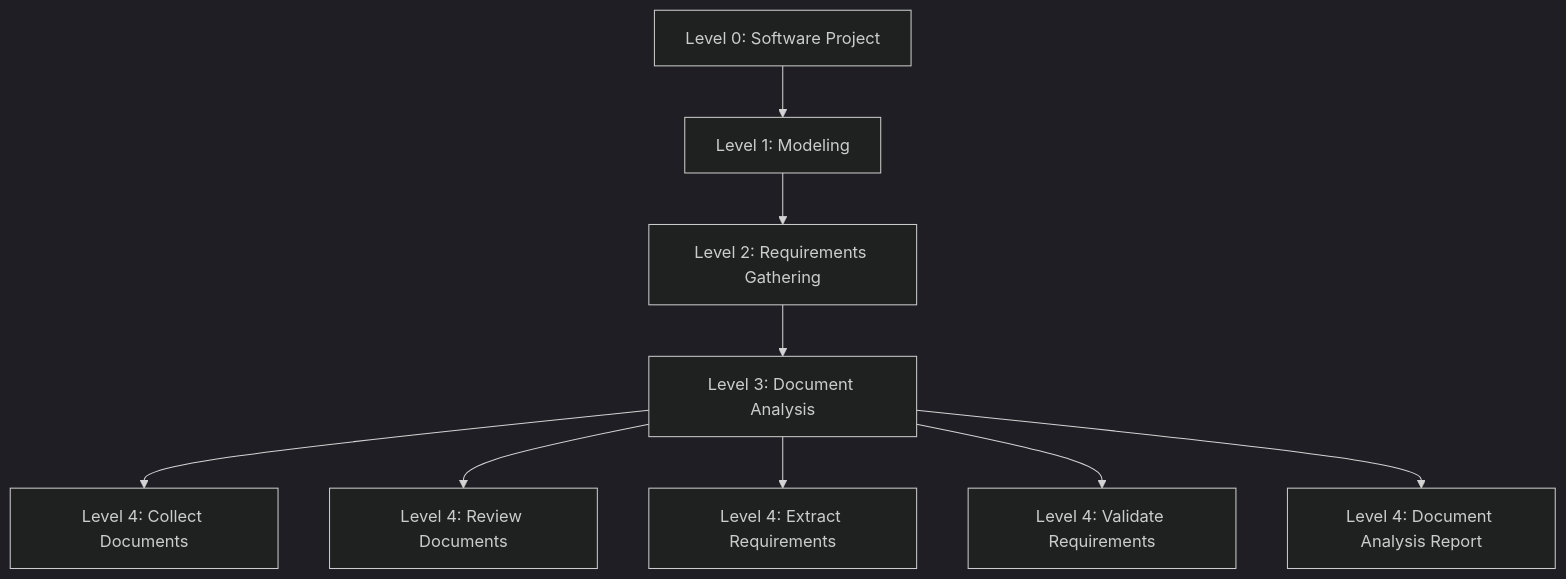
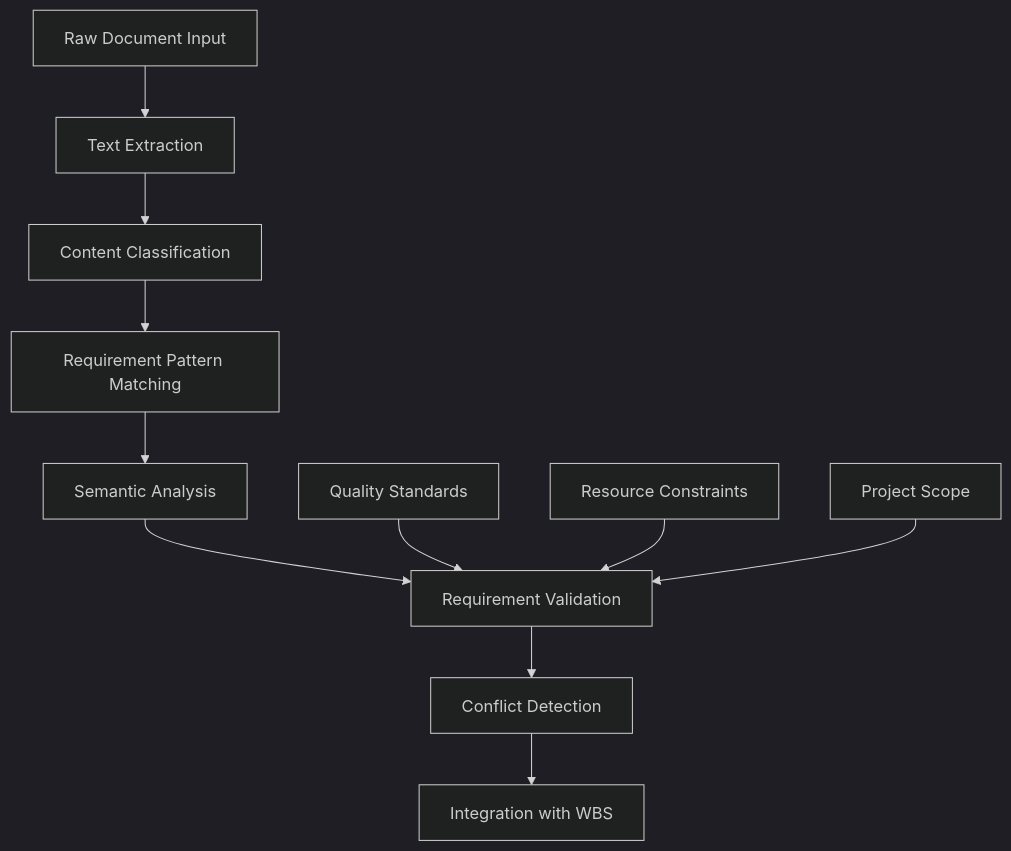
Before and after one commit to Shakour-Data/AutoProjectManagement: the third of 6 diagrams in Docs/json_inputs_standard/Design/Document_Analysis.md, drawn with Mermaid (dark theme). The commit also changed other lines of this file, not shown here.

````diff
--- a/Docs/json_inputs_standard/Design/Document_Analysis.md
+++ b/Docs/json_inputs_standard/Design/Document_Analysis.md
@@ -79,11 +108,14 @@
 ```mermaid
-graph TD
-    A[Level 0: Software Project] --> B[Level 1: Modeling]
-    B --> C[Level 2: Requirements Gathering]
-    C --> D[Level 3: Document Analysis]
-    D --> E[Level 4: Collect Documents]
-    D --> F[Level 4: Review Documents]
-    D --> G[Level 4: Extract Requirements]
-    D --> H[Level 4: Validate Requirements]
-    D --> I[Level 4: Document Analysis Report]
+flowchart TD
+    A[Raw Document Input] --> B[Text Extraction]
+    B --> C[Content Classification]
+    C --> D[Requirement Pattern Matching]
+    D --> E[Semantic Analysis]
+    E --> F[Requirement Validation]
+    F --> G[Conflict Detection]
+    G --> H[Integration with WBS]
+    
+    I[Quality Standards] --> F
+    J[Resource Constraints] --> F
+    K[Project Scope] --> F
 ```
````
